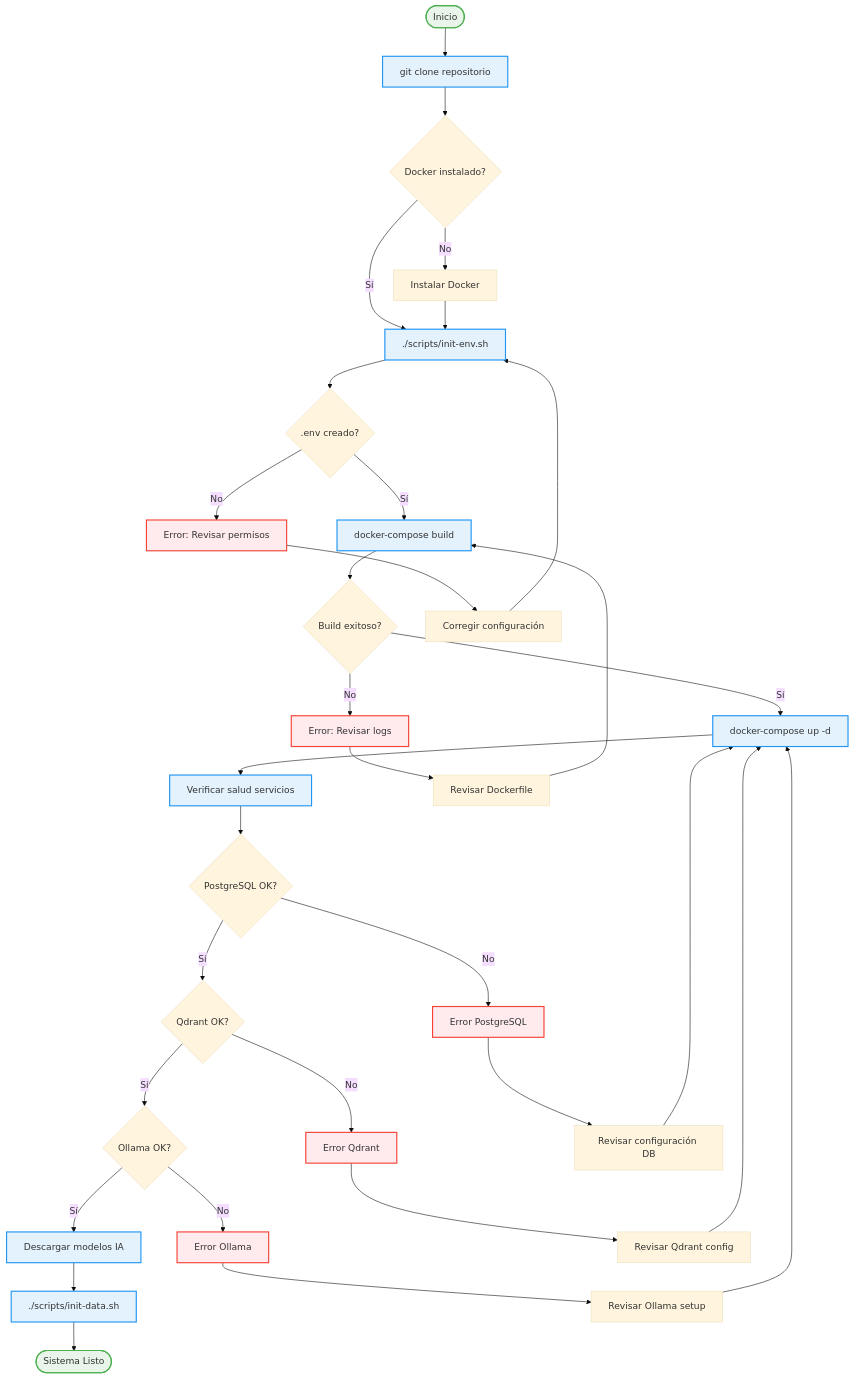
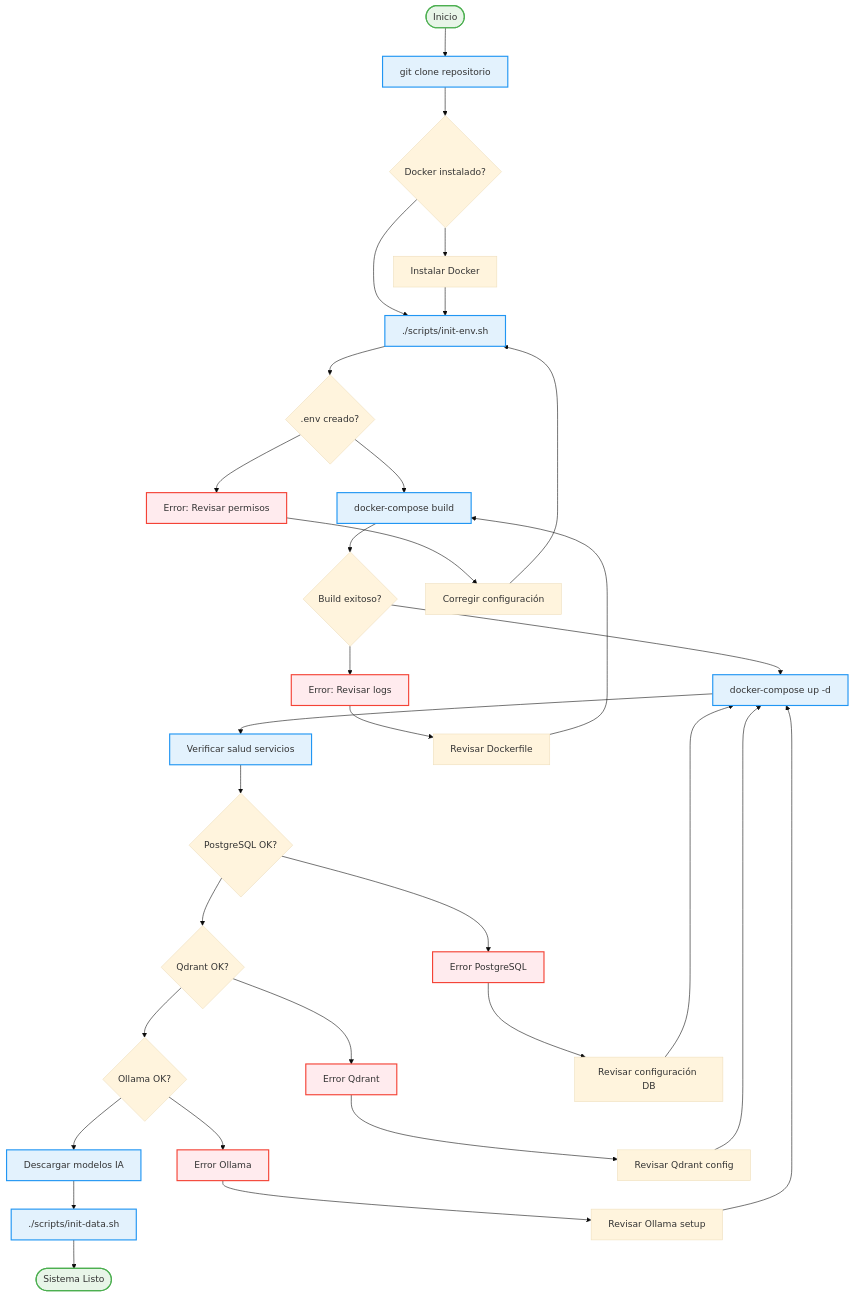
The seventh of 8 diagrams in README.md (EdissonGirald0/laboratorioAI), drawn with Mermaid (base theme) before and after one commit. The commit also changed other lines of this file and 16 other files, not shown here.

````diff
--- a/README.md
+++ b/README.md
@@ -274,50 +478,50 @@
 ```mermaid
 flowchart TD
     START([Inicio]) --> CLONE[git clone repositorio]
     CLONE --> CHECK_DOCKER{Docker instalado?}
-    CHECK_DOCKER -->|No| INSTALL_DOCKER[Instalar Docker]
-    CHECK_DOCKER -->|Sí| INIT_ENV[./scripts/init-env.sh]
+    CHECK_DOCKER --> INSTALL_DOCKER["Instalar Docker"]
+    CHECK_DOCKER --> INIT_ENV["./scripts/init-env.sh"]
     INSTALL_DOCKER --> INIT_ENV
     
     INIT_ENV --> ENV_CREATED{.env creado?}
-    ENV_CREATED -->|No| ENV_ERROR[Error: Revisar permisos]
-    ENV_CREATED -->|Sí| BUILD_IMAGES[docker-compose build]
+    ENV_CREATED --> ENV_ERROR["Error: Revisar permisos"]
+    ENV_CREATED --> BUILD_IMAGES["docker-compose build"]
     
     BUILD_IMAGES --> BUILD_SUCCESS{Build exitoso?}
-    BUILD_SUCCESS -->|No| BUILD_ERROR[Error: Revisar logs]
-    BUILD_SUCCESS -->|Sí| START_SERVICES[docker-compose up -d]
+    BUILD_SUCCESS --> BUILD_ERROR["Error: Revisar logs"]
+    BUILD_SUCCESS --> START_SERVICES["docker-compose up -d"]
     
-    START_SERVICES --> CHECK_HEALTH[Verificar salud servicios]
+    START_SERVICES --> CHECK_HEALTH["Verificar salud servicios"]
     CHECK_HEALTH --> POSTGRES_OK{PostgreSQL OK?}
-    POSTGRES_OK -->|No| POSTGRES_ERROR[Error PostgreSQL]
-    POSTGRES_OK -->|Sí| QDRANT_OK{Qdrant OK?}
+    POSTGRES_OK --> POSTGRES_ERROR["Error PostgreSQL"]
+    POSTGRES_OK --> QDRANT_OK{Qdrant OK?}
     
-    QDRANT_OK -->|No| QDRANT_ERROR[Error Qdrant]
-    QDRANT_OK -->|Sí| OLLAMA_OK{Ollama OK?}
+    QDRANT_OK --> QDRANT_ERROR["Error Qdrant"]
+    QDRANT_OK --> OLLAMA_OK{Ollama OK?}
     
-    OLLAMA_OK -->|No| OLLAMA_ERROR[Error Ollama]
-    OLLAMA_OK -->|Sí| DOWNLOAD_MODELS[Descargar modelos IA]
+    OLLAMA_OK --> OLLAMA_ERROR["Error Ollama"]
+    OLLAMA_OK --> DOWNLOAD_MODELS["Descargar modelos IA"]
     
-    DOWNLOAD_MODELS --> INIT_DATA[./scripts/init-data.sh]
-    INIT_DATA --> READY([Sistema Listo])
+    DOWNLOAD_MODELS --> INIT_DATA["./scripts/init-data.sh"]
+    INIT_DATA --> READY(["Sistema Listo"])
     
-    ENV_ERROR --> FIX_ENV[Corregir configuración]
-    BUILD_ERROR --> FIX_BUILD[Revisar Dockerfile]
-    POSTGRES_ERROR --> FIX_POSTGRES[Revisar configuración DB]
-    QDRANT_ERROR --> FIX_QDRANT[Revisar Qdrant config]
-    OLLAMA_ERROR --> FIX_OLLAMA[Revisar Ollama setup]
+    ENV_ERROR --> FIX_ENV["Corregir configuración"]
+    BUILD_ERROR --> FIX_BUILD["Revisar Dockerfile"]
+    POSTGRES_ERROR --> FIX_POSTGRES["Revisar configuración DB"]
+    QDRANT_ERROR --> FIX_QDRANT["Revisar Qdrant config"]
+    OLLAMA_ERROR --> FIX_OLLAMA["Revisar Ollama setup"]
     
     FIX_ENV --> INIT_ENV
     FIX_BUILD --> BUILD_IMAGES
     FIX_POSTGRES --> START_SERVICES
     FIX_QDRANT --> START_SERVICES
     FIX_OLLAMA --> START_SERVICES
     
     classDef successNode fill:#e8f5e8,stroke:#4caf50,stroke-width:2px
     classDef errorNode fill:#ffebee,stroke:#f44336,stroke-width:2px
     classDef processNode fill:#e3f2fd,stroke:#2196f3,stroke-width:2px
     
     class START,READY successNode
     class ENV_ERROR,BUILD_ERROR,POSTGRES_ERROR,QDRANT_ERROR,OLLAMA_ERROR errorNode
     class CLONE,INIT_ENV,BUILD_IMAGES,START_SERVICES,CHECK_HEALTH,DOWNLOAD_MODELS,INIT_DATA processNode
 ```
````
